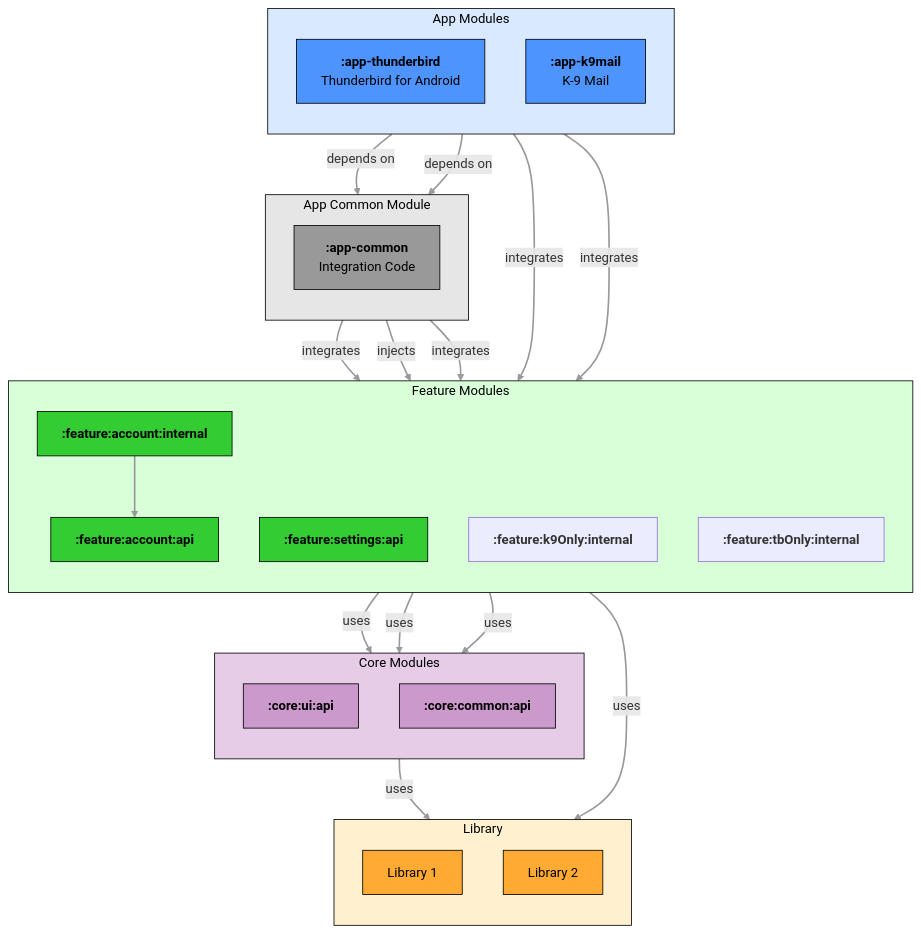
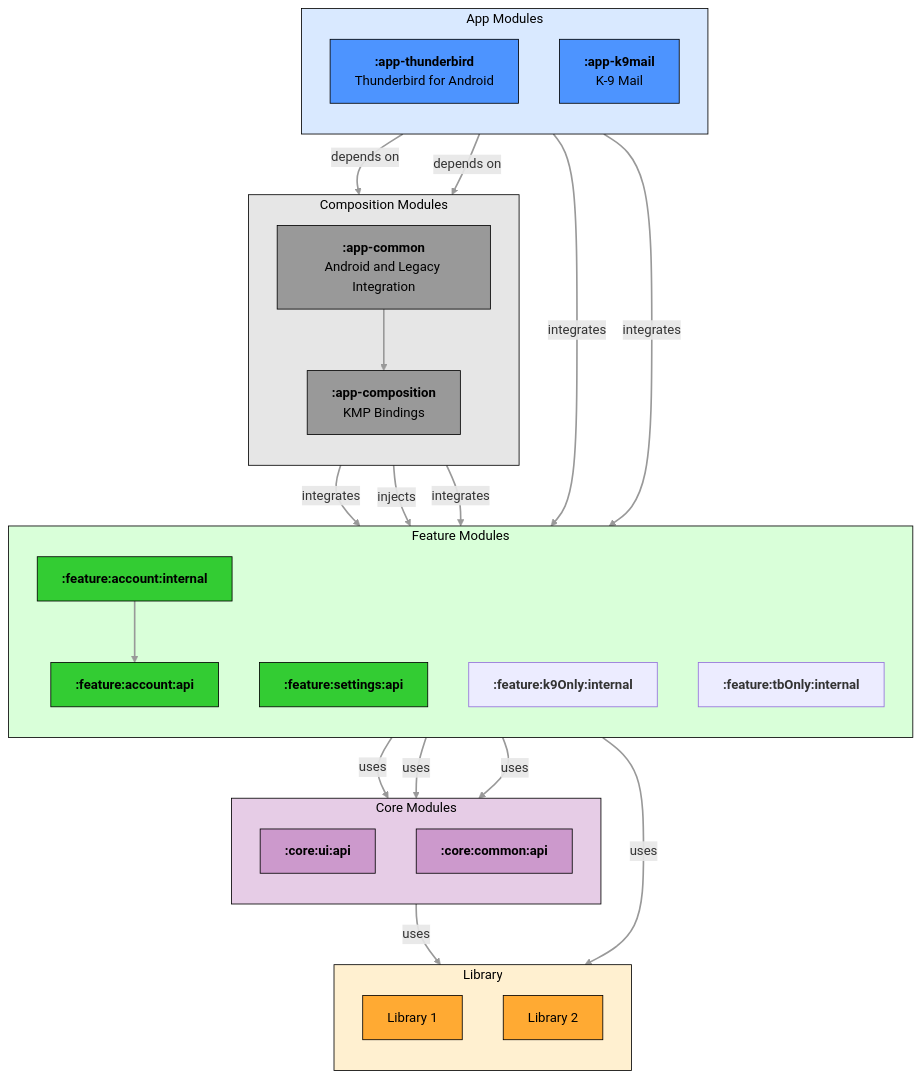
Before and after one commit to thunderbird/thunderbird-android: the diagram in docs/architecture/module-structure.md, drawn with Mermaid. The commit also changed other lines of this file and 7 other files, not shown here.

Commit message:
docs(architecture): define app composition boundaries

````diff
--- a/docs/architecture/module-structure.md
+++ b/docs/architecture/module-structure.md
@@ -281,76 +281,78 @@
 ```mermaid
 graph TB
     subgraph APP[App Modules]
         direction TB
         APP_TB["`**:app-thunderbird**<br>Thunderbird for Android`"]
         APP_K9["`**:app-k9mail**<br>K-9 Mail`"]
     end
 
-    subgraph COMMON[App Common Module]
+    subgraph COMPOSITION[Composition Modules]
         direction TB
-        COMMON_APP["`**:app-common**<br>Integration Code`"]
+        APP_COMPOSITION["`**:app-composition**<br>KMP Bindings`"]
+        COMMON_APP["`**:app-common**<br>Android and Legacy Integration`"]
     end
 
     subgraph FEATURE[Feature Modules]
         direction TB
         FEATURE1["`**:feature:account:api**`"]
         FEATURE2["`**:feature:account:internal**`"]
         FEATURE3["`**:feature:settings:api**`"]
         FEATURE_K9["`**:feature:k9Only:internal**`"]
         FEATURE_TB["`**:feature:tbOnly:internal**`"]
     end
 
     subgraph CORE[Core Modules]
         direction TB
         CORE1["`**:core:ui:api**`"]
         CORE2["`**:core:common:api**`"]
     end
 
     subgraph LIBRARY[Library]
         direction TB
         LIB1[Library 1]
         LIB2[Library 2]
     end
 
     APP_K9 --> |depends on| COMMON_APP
     APP_TB --> |depends on| COMMON_APP
-    COMMON_APP --> |integrates| FEATURE1
-    COMMON_APP --> |injects| FEATURE2
+    COMMON_APP --> APP_COMPOSITION
+    APP_COMPOSITION --> |integrates| FEATURE1
+    APP_COMPOSITION --> |injects| FEATURE2
     FEATURE2 --> FEATURE1
-    COMMON_APP --> |integrates| FEATURE3
+    APP_COMPOSITION --> |integrates| FEATURE3
     APP_K9 --> |integrates| FEATURE_K9
     APP_TB --> |integrates| FEATURE_TB
     FEATURE1 --> |uses| CORE1
     FEATURE3 --> |uses| CORE2
     FEATURE_TB --> |uses| CORE1
     FEATURE_K9 --> |uses| LIB2
     CORE2 --> |uses| LIB1
 
     classDef app fill:#d9e9ff,stroke:#000000,color:#000000
     classDef app_module fill:#4d94ff,stroke:#000000,color:#000000
     classDef common fill:#e6e6e6,stroke:#000000,color:#000000
     classDef common_module fill:#999999,stroke:#000000,color:#000000
     classDef feature fill:#d9ffd9,stroke:#000000,color:#000000
     classDef feature_module fill:#33cc33,stroke:#000000,color:#000000
     classDef core fill:#e6cce6,stroke:#000000,color:#000000
     classDef core_module fill:#cc99cc,stroke:#000000,color:#000000
     classDef library fill:#fff0d0,stroke:#000000,color:#000000
     classDef library_module fill:#ffaa33,stroke:#000000,color:#000000
     classDef legacy fill:#ffe6e6,stroke:#000000,color:#000000
     classDef legacy_module fill:#ff9999,stroke:#000000,color:#000000
 
     linkStyle default stroke:#999,stroke-width:2px
 
     class APP app
     class APP_K9,APP_TB app_module
-    class COMMON common
-    class COMMON_APP common_module
+    class COMPOSITION common
+    class APP_COMPOSITION,COMMON_APP common_module
     class FEATURE feature
     class FEATURE1,FEATURE2,FEATURE3 feature_module
     class FEATURE_K9 featureK9
     class FEATURE_TB featureTB
     class CORE core
     class CORE1,CORE2 core_module
     class LIBRARY library
     class LIB1,LIB2 library_module
 ```
````
